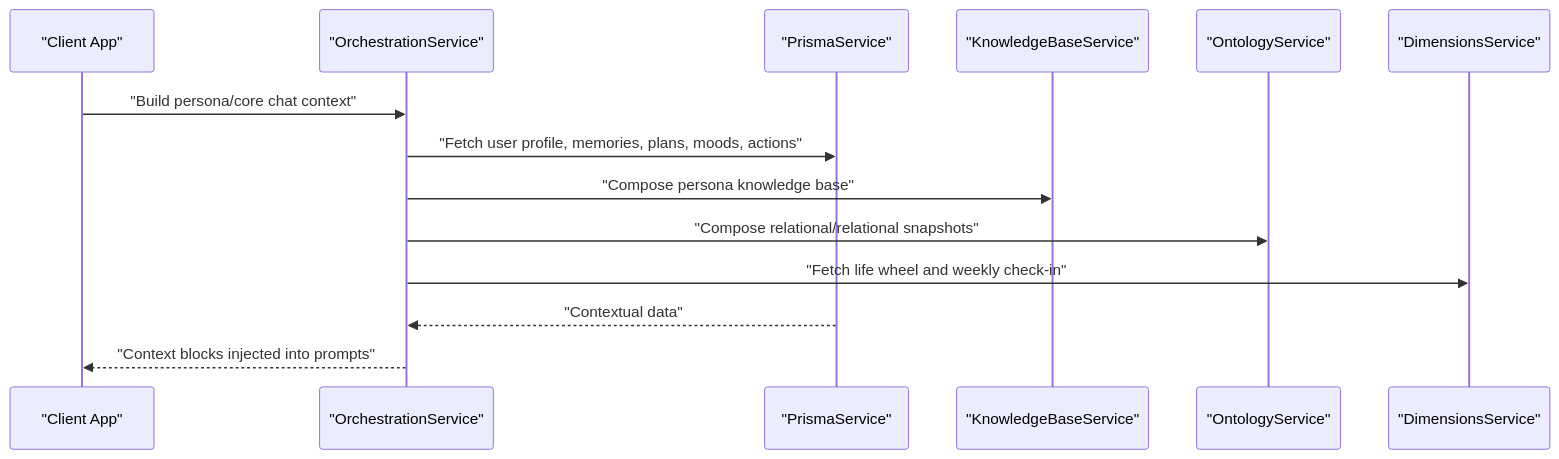
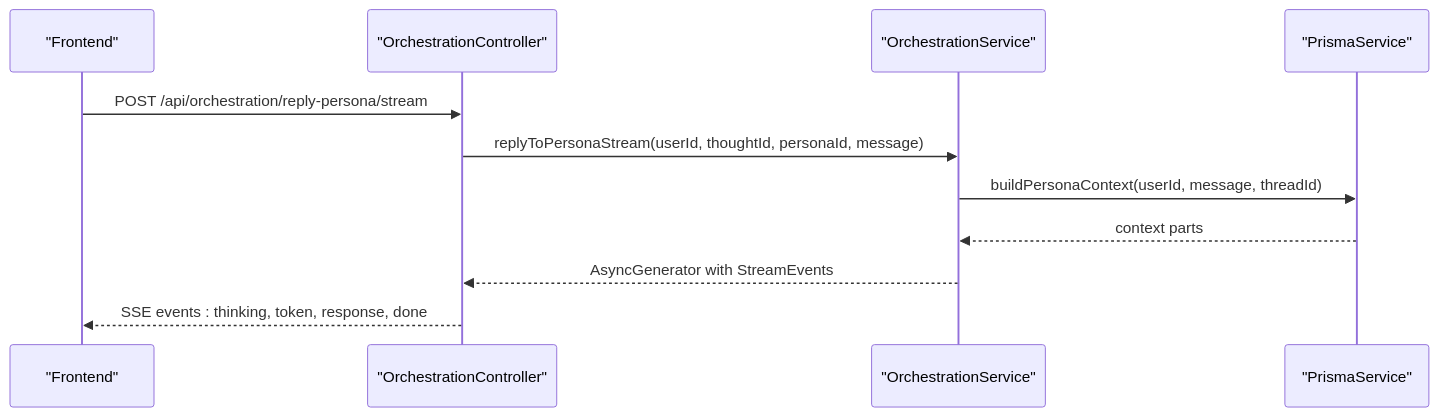
One commit to statgod6/4ever changed the third of 8 diagrams in .qoder/repowiki/en/content/Core Features/Core Features.md. Above: the diagram before and after it, drawn with Mermaid. The commit also changed other lines of this file and 116 other files, not shown here.

````diff
--- a/.qoder/repowiki/en/content/Core Features/Core Features.md
+++ b/.qoder/repowiki/en/content/Core Features/Core Features.md
@@ -114,16 +159,13 @@
 ```mermaid
 sequenceDiagram
-participant Client as "Client App"
-participant Core as "OrchestrationService"
-participant DB as "PrismaService"
-participant KB as "KnowledgeBaseService"
-participant Ont as "OntologyService"
-participant Dim as "DimensionsService"
-Client->>Core : "Build persona/core chat context"
-Core->>DB : "Fetch user profile, memories, plans, moods, actions"
-Core->>KB : "Compose persona knowledge base"
-Core->>Ont : "Compose relational/relational snapshots"
-Core->>Dim : "Fetch life wheel and weekly check-in"
-DB-->>Core : "Contextual data"
-Core-->>Client : "Context blocks injected into prompts"
+participant FE as "Frontend"
+participant OC as "OrchestrationController"
+participant OS as "OrchestrationService"
+participant PR as "PrismaService"
+FE->>OC : POST /api/orchestration/reply-persona/stream
+OC->>OS : replyToPersonaStream(userId, thoughtId, personaId, message)
+OS->>PR : buildPersonaContext(userId, message, threadId)
+PR-->>OS : context parts
+OS-->>OC : AsyncGenerator with StreamEvents
+OC-->>FE : SSE events : thinking, token, response, done
 ```
````
